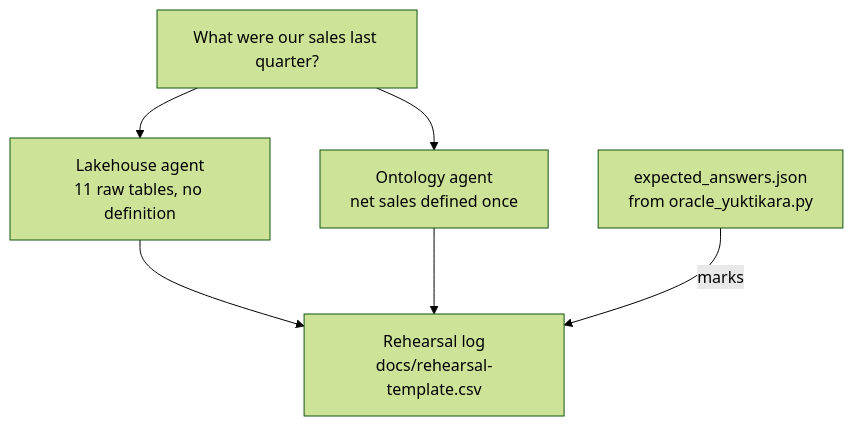
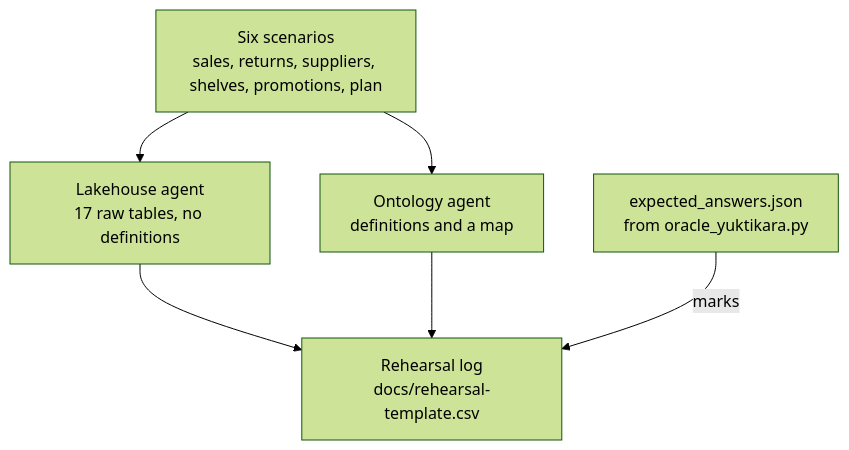
Before and after one commit to RaviChanduEdru/Yuktikara_Store: the second of 2 diagrams in docs/architecture.md, drawn with Mermaid (forest theme). The commit also changed other lines of this file and 1 other file, not shown here.

First line of the commit message:
Bring the architecture guide up to date

````diff
--- a/docs/architecture.md
+++ b/docs/architecture.md
@@ -95,9 +102,9 @@
 ```mermaid
 flowchart TD
-    q["What were our sales last quarter?"]
-    q --> lha["Lakehouse agent<br/>11 raw tables, no definition"]
-    q --> ona["Ontology agent<br/>net sales defined once"]
+    q["Six scenarios<br/>sales, returns, suppliers, shelves, promotions, plan"]
+    q --> lha["Lakehouse agent<br/>17 raw tables, no definitions"]
+    q --> ona["Ontology agent<br/>definitions and a map"]
     lha --> log["Rehearsal log<br/>docs/rehearsal-template.csv"]
     ona --> log
     oracle["expected_answers.json<br/>from oracle_yuktikara.py"] -- marks --> log
 ```
````
